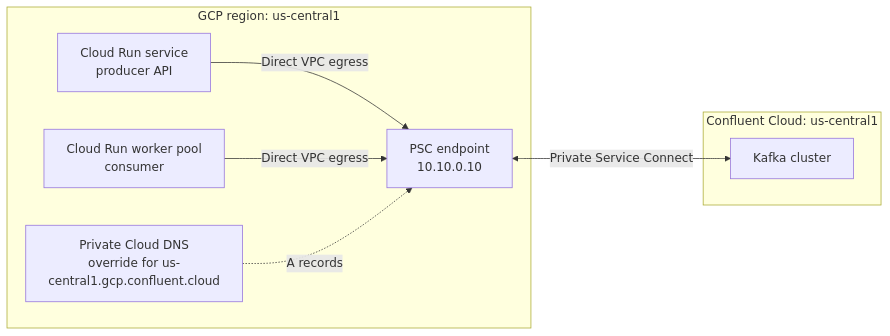
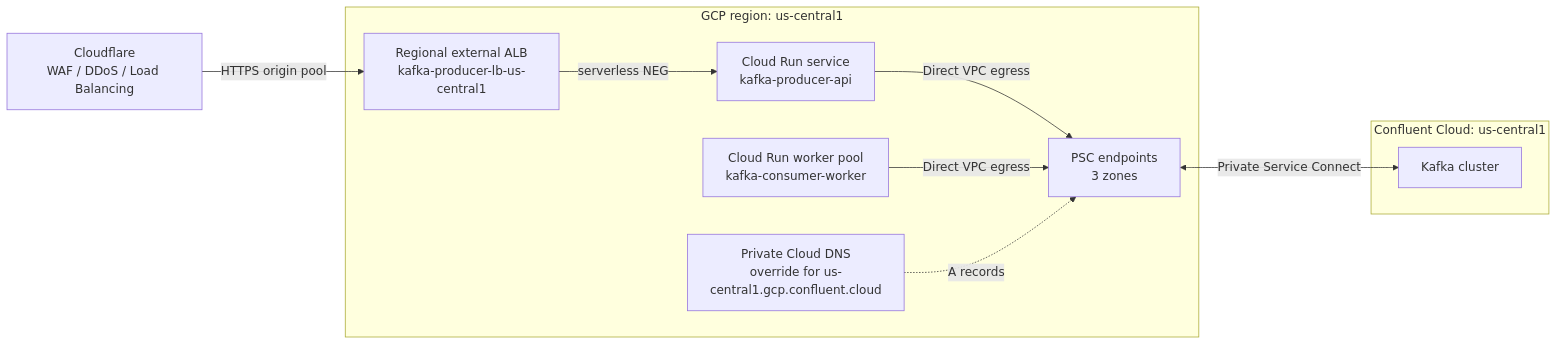
Before and after one commit to samithaf/confluent-kafka: the diagram in README.md, drawn with Mermaid. The commit also changed other lines of this file and 7 other files, not shown here.

````diff
--- a/README.md
+++ b/README.md
@@ -15,18 +16,23 @@
 ```mermaid
 flowchart LR
+  CF["Cloudflare<br/>WAF / DDoS / Load Balancing"]
+
   subgraph GCP["GCP region: us-central1"]
-    SVC["Cloud Run service<br/>producer API"]
-    WK["Cloud Run worker pool<br/>consumer"]
+    ALB["Regional external ALB<br/>kafka-producer-lb-us-central1"]
+    SVC["Cloud Run service<br/>kafka-producer-api"]
+    WK["Cloud Run worker pool<br/>kafka-consumer-worker"]
     DNS["Private Cloud DNS<br/>override for us-central1.gcp.confluent.cloud"]
-    PSC["PSC endpoint<br/>10.10.0.10"]
+    PSC["PSC endpoints<br/>3 zones"]
   end
 
   subgraph CC["Confluent Cloud: us-central1"]
     K["Kafka cluster"]
   end
 
+  CF -->|HTTPS origin pool| ALB
+  ALB -->|serverless NEG| SVC
   SVC -->|Direct VPC egress| PSC
   WK -->|Direct VPC egress| PSC
   DNS -.->|A records| PSC
   PSC <-->|Private Service Connect| K
 ```
````
